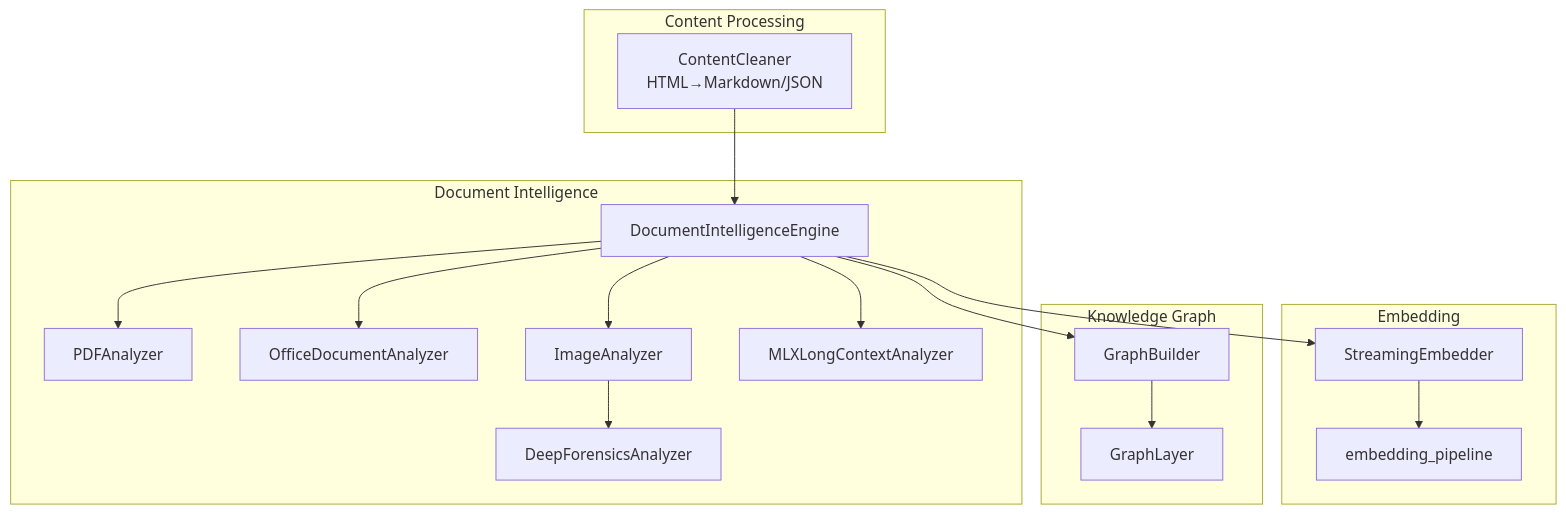
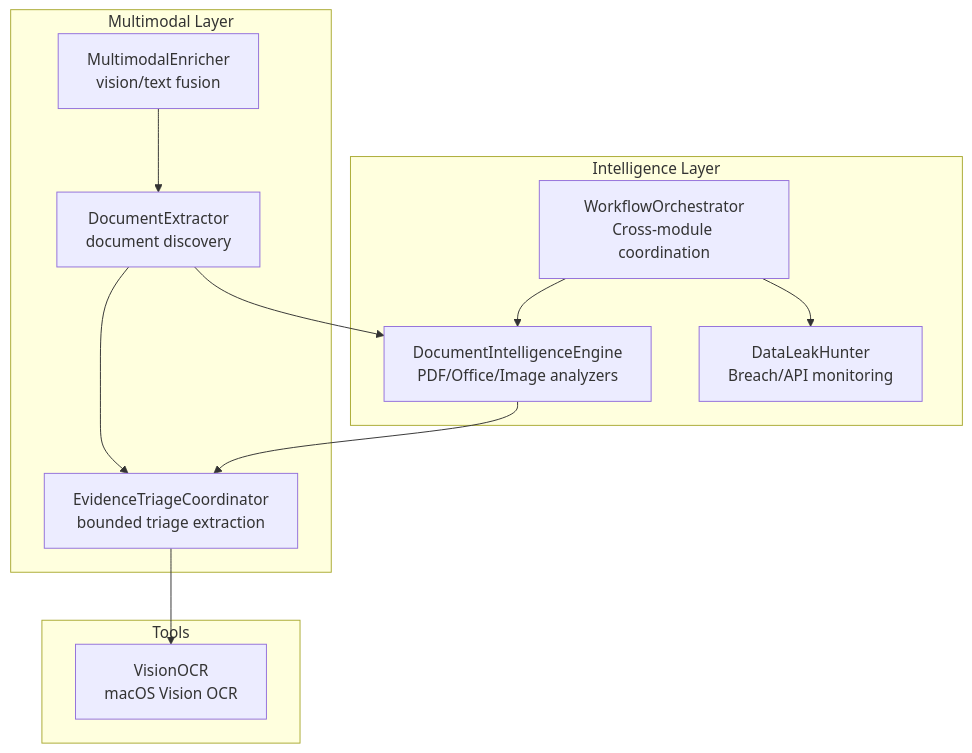
The first of 8 diagrams in .qoder/repowiki/en/content/Intelligence Modules/Document Intelligence.md (Hamulda/hledac-universal), drawn with Mermaid before and after one commit. The commit also changed other lines of this file and 236 other files, not shown here.

````diff
--- a/.qoder/repowiki/en/content/Intelligence Modules/Document Intelligence.md
+++ b/.qoder/repowiki/en/content/Intelligence Modules/Document Intelligence.md
@@ -41,32 +39,23 @@
 ```mermaid
 graph TB
-subgraph "Document Intelligence"
-DI["DocumentIntelligenceEngine"]
-PDF["PDFAnalyzer"]
-OFFICE["OfficeDocumentAnalyzer"]
-IMG["ImageAnalyzer"]
-DF["DeepForensicsAnalyzer"]
-MLXLC["MLXLongContextAnalyzer"]
+subgraph "Intelligence Layer"
+DI["DocumentIntelligenceEngine<br/>PDF/Office/Image analyzers"]
+DLH["DataLeakHunter<br/>Breach/API monitoring"]
+WF["WorkflowOrchestrator<br/>Cross-module coordination"]
 end
-subgraph "Content Processing"
-CC["ContentCleaner<br/>HTML→Markdown/JSON"]
+subgraph "Multimodal Layer"
+ET["EvidenceTriageCoordinator<br/>bounded triage extraction"]
+ME["MultimodalEnricher<br/>vision/text fusion"]
+DOCE["DocumentExtractor<br/>document discovery"]
 end
-subgraph "Embedding"
-SE["StreamingEmbedder"]
-EP["embedding_pipeline"]
+subgraph "Tools"
+OCR["VisionOCR<br/>macOS Vision OCR"]
 end
-subgraph "Knowledge Graph"
-GB["GraphBuilder"]
-GL["GraphLayer"]
-end
-DI --> PDF
-DI --> OFFICE
-DI --> IMG
-IMG --> DF
-DI --> MLXLC
-CC --> DI
-SE --> EP
-DI --> SE
-DI --> GB
-GB --> GL
+DI --> ET
+ET --> OCR
+DOCE --> ET
+DOCE --> DI
+ME --> DOCE
+WF --> DI
+WF --> DLH
 ```
````
